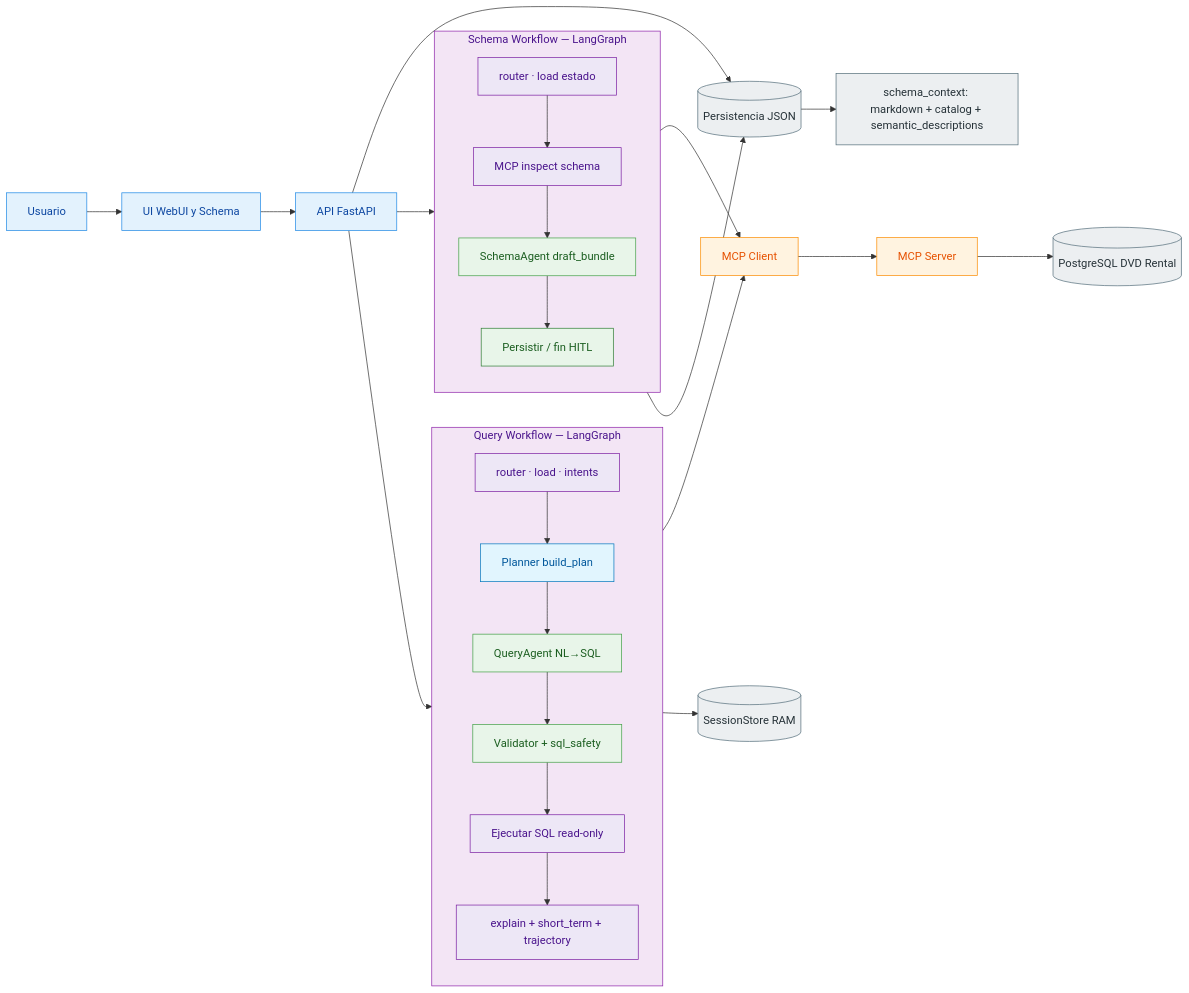
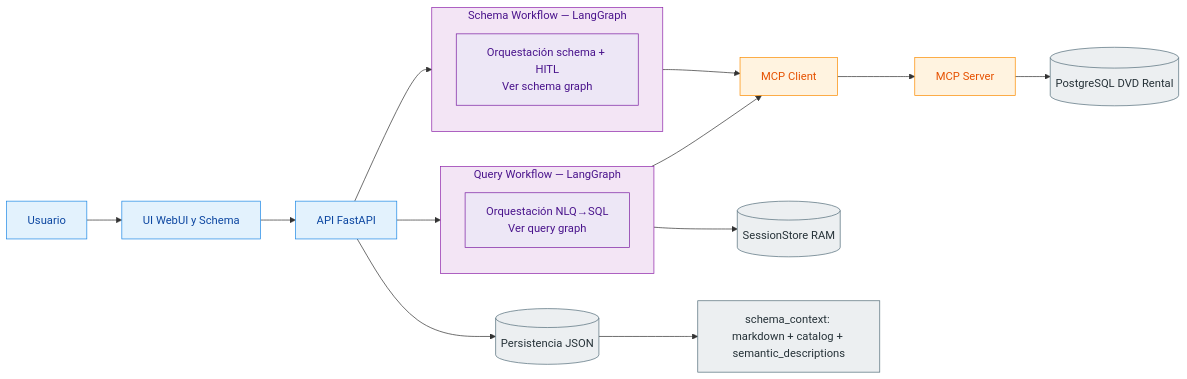
The diagram in docs/diagrams/architecture.md (boullo2002/TP-multiagentes), drawn with Mermaid before and after one commit. The commit also changed other lines of this file and 23 other files, not shown here.

````diff
--- a/docs/diagrams/architecture.md
+++ b/docs/diagrams/architecture.md
@@ -5,53 +5,43 @@
 ```mermaid
 flowchart LR
     U[Usuario] --> UI[UI WebUI y Schema]
     UI --> API[API FastAPI]
 
     subgraph QW[Query Workflow — LangGraph]
         direction TB
-        Q0[router · load · intents] --> PL[Planner build_plan]
-        PL --> QA[QueryAgent NL→SQL]
-        QA --> VAL[Validator + sql_safety]
-        VAL --> QEX[Ejecutar SQL read-only]
-        QEX --> QXP[explain + short_term + trajectory]
+        Q0[Orquestación NLQ→SQL<br/>Ver query graph]
     end
 
     subgraph SW[Schema Workflow — LangGraph]
         direction TB
-        S0[router · load estado] --> SIN[MCP inspect schema]
-        SIN --> SDR[SchemaAgent draft_bundle]
-        SDR --> SPE[Persistir / fin HITL]
+        S0[Orquestación schema + HITL<br/>Ver schema graph]
     end
 
     API --> Q0
     API --> S0
 
-    SIN --> MCPC[MCP Client]
-    QEX --> MCPC
+    Q0 --> MCPC[MCP Client]
+    S0 --> MCPC
     MCPC --> MCPS[MCP Server]
     MCPS --> DB[(PostgreSQL DVD Rental)]
 
     API --> P[(Persistencia JSON)]
-    SPE --> P
-    QXP --> SESS[(SessionStore RAM)]
+    Q0 --> SESS[(SessionStore RAM)]
 
     P --> CTX[schema_context: markdown + catalog + semantic_descriptions]
 
     classDef ext fill:#E3F2FD,stroke:#1E88E5,color:#0D47A1,stroke-width:1px;
     classDef subgraphBox fill:#F3E5F5,stroke:#8E24AA,color:#4A148C,stroke-width:1px;
     classDef step fill:#EDE7F6,stroke:#7B1FA2,color:#4A148C,stroke-width:1px;
     classDef agent fill:#E8F5E9,stroke:#43A047,color:#1B5E20,stroke-width:1px;
     classDef planner fill:#E1F5FE,stroke:#0277BD,color:#01579B,stroke-width:1px;
     classDef mcp fill:#FFF3E0,stroke:#FB8C00,color:#E65100,stroke-width:1px;
     classDef data fill:#ECEFF1,stroke:#546E7A,color:#263238,stroke-width:1px;
     classDef persist fill:#E8F5E9,stroke:#2E7D32,color:#1B5E20,stroke-width:1px;
 
     class U,UI,API ext;
     class QW,SW subgraphBox;
-    class Q0,QEX,QXP,S0,SIN step;
-    class QA,VAL,SDR agent;
-    class PL planner;
+    class Q0,S0 step;
     class MCPC,MCPS mcp;
     class DB,P,SESS,CTX data;
-    class SPE persist;
 ```
````
